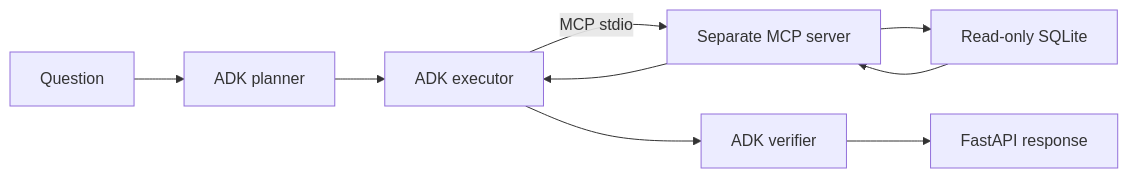
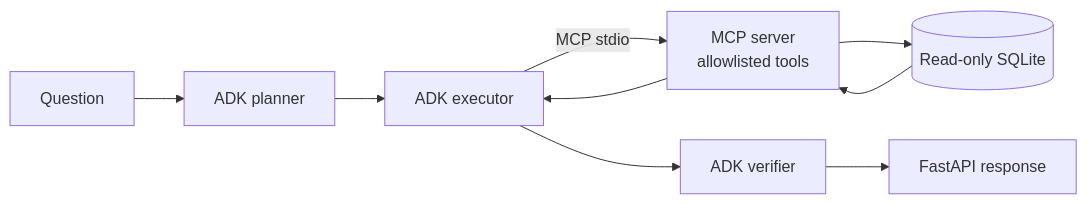
Before and after one commit to sachin2967/google-adk-multi-agent-analyst: the diagram in README.md, drawn with Mermaid. The commit also changed other lines of this file and 4 other files, not shown here.

First line of the commit message:
docs: professional README, architecture and evaluation docs, MIT license, Makefile

````diff
--- a/README.md
+++ b/README.md
@@ -82,10 +46,10 @@
 ```mermaid
 flowchart LR
     Q[Question] --> P[ADK planner]
     P --> E[ADK executor]
-    E -->|MCP stdio| M[Separate MCP server]
-    M --> D[Read-only SQLite]
+    E -->|MCP stdio| M[MCP server<br/>allowlisted tools]
+    M --> D[(Read-only SQLite)]
     D --> M --> E
     E --> V[ADK verifier]
     V --> R[FastAPI response]
 ```
````
